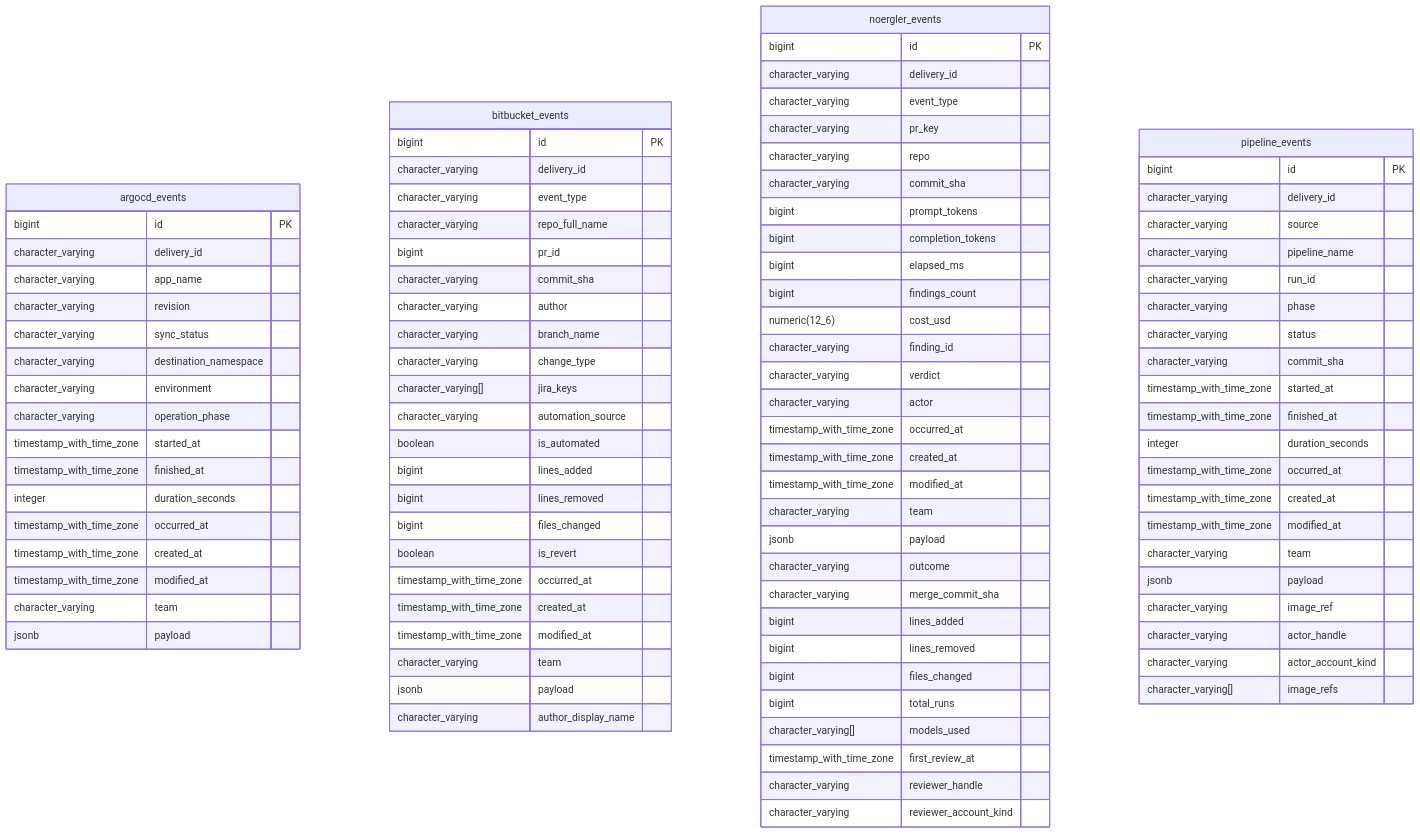
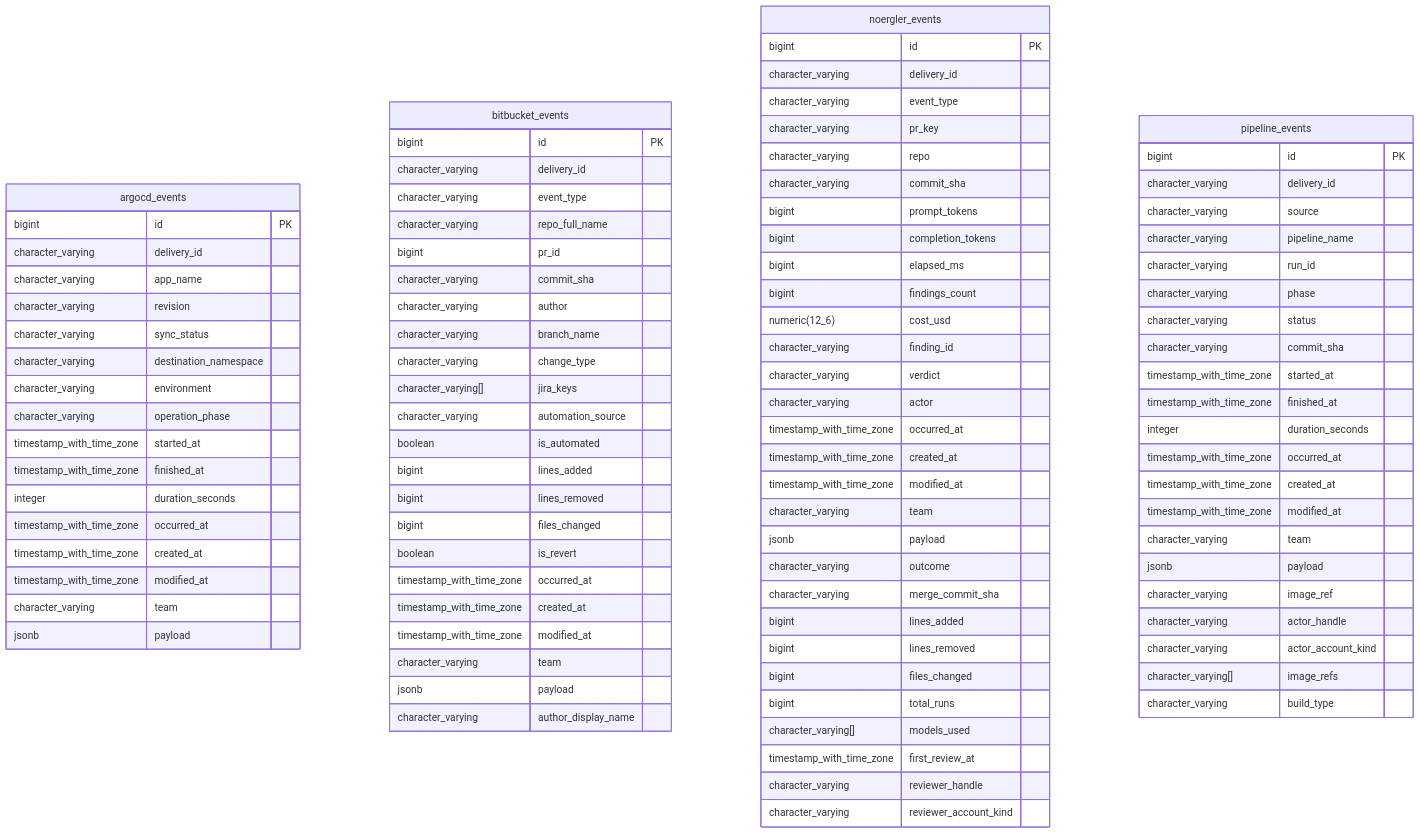
Before and after one commit to trick77/riptide: the diagram in docs/schema.md, drawn with Mermaid. The commit also changed other lines of this file and 33 other files, not shown here.

````diff
--- a/docs/schema.md
+++ b/docs/schema.md
@@ -262,5 +268,6 @@
         character_varying actor_handle
         character_varying actor_account_kind
         character_varying[] image_refs
+        character_varying build_type
     }
 ```
````
